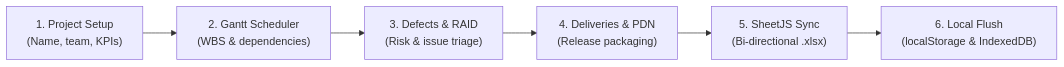
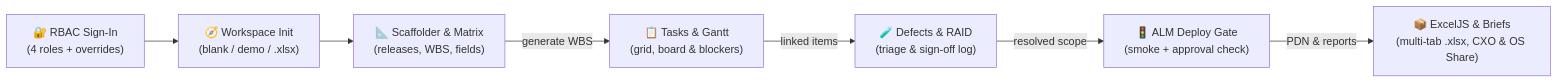
One commit to manvenpratap/ProjectPulse changed the second of 5 diagrams in wiki/Architecture-and-System-Design.md. Above: the diagram before and after it, drawn with Mermaid. The commit also changed other lines of this file and 23 other files, not shown here.

Commit message:
docs: add comprehensive product capability and specification manual, sync wiki and archify diagrams

````diff
--- a/wiki/Architecture-and-System-Design.md
+++ b/wiki/Architecture-and-System-Design.md
@@ -48,8 +43,9 @@
 ```mermaid
 flowchart LR
-    A["1. Project Setup\n(Name, team, KPIs)"] --> B["2. Gantt Scheduler\n(WBS & dependencies)"]
-    B --> C["3. Defects & RAID\n(Risk & issue triage)"]
-    C --> D["4. Deliveries & PDN\n(Release packaging)"]
-    D --> E["5. SheetJS Sync\n(Bi-directional .xlsx)"]
-    E --> F["6. Local Flush\n(localStorage & IndexedDB)"]
+    Auth["🔐 RBAC Sign-In\n(4 roles + overrides)"] --> Setup["🧭 Workspace Init\n(blank / demo / .xlsx)"]
+    Setup --> Scaffold["📐 Scaffolder & Matrix\n(releases, WBS, fields)"]
+    Scaffold -->|"generate WBS"| Tasks["📋 Tasks & Gantt\n(grid, board & blockers)"]
+    Tasks -->|"linked items"| QA["🧪 Defects & RAID\n(triage & sign-off log)"]
+    QA -->|"resolved scope"| Deliver["🚦 ALM Deploy Gate\n(smoke + approval check)"]
+    Deliver -->|"PDN & reports"| Export["📦 ExcelJS & Briefs\n(multi-tab .xlsx, CXO & OS Share)"]
 ```
````
